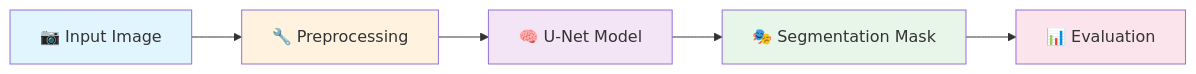
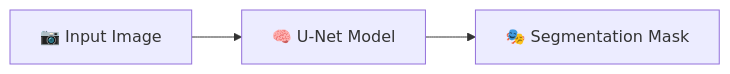
The first of 2 diagrams in README.md (ghobadian/asphalt_crack_segmentation), drawn with Mermaid before and after one commit. The commit also changed other lines of this file, not shown here.

````diff
--- a/README.md
+++ b/README.md
@@ -28,13 +9,4 @@
 ```mermaid
 graph LR
-    A[📷 Input Image] --> B[🔧 Preprocessing]
-    B --> C[🧠 U-Net Model]
-    C --> D[🎭 Segmentation Mask]
-    D --> E[📊 Evaluation]
-    
-    style A fill:#e1f5fe
-    style B fill:#fff3e0
-    style C fill:#f3e5f5
-    style D fill:#e8f5e9
-    style E fill:#fce4ec
+A[📷 Input Image] --> B[🧠 U-Net Model] --> C[🎭 Segmentation Mask]
 ```
````
